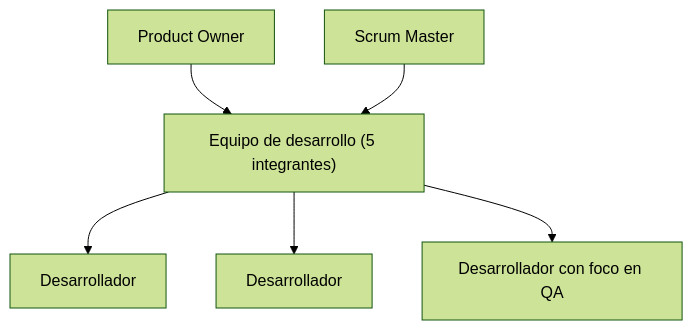
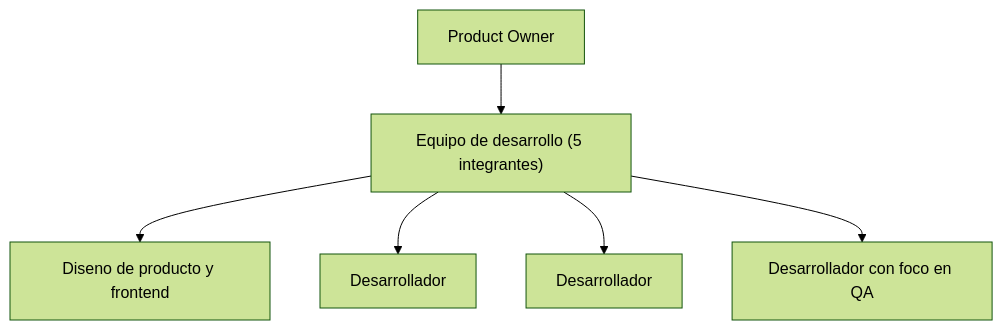
One commit to juanpablovaldez/hosty changed the sixth of 33 diagrams in documentacion-final-unico/Hosty-Informe-Final.md. Above: the diagram before and after it, drawn with Mermaid (forest theme). The commit also changed other lines of this file and 5 other files, not shown here.

````diff
--- a/documentacion-final-unico/Hosty-Informe-Final.md
+++ b/documentacion-final-unico/Hosty-Informe-Final.md
@@ -773,8 +775,8 @@
 ```mermaid
 flowchart TD
  PO["Product Owner"] --> DEV["Equipo de desarrollo (5 integrantes)"]
- SM["Scrum Master"] --> DEV
- DEV --> D1["Desarrollador"]
+ DEV --> D1["Diseno de producto y frontend"]
  DEV --> D2["Desarrollador"]
- DEV --> D3["Desarrollador con foco en QA"]
+ DEV --> D3["Desarrollador"]
+ DEV --> D4["Desarrollador con foco en QA"]
 ```
````
